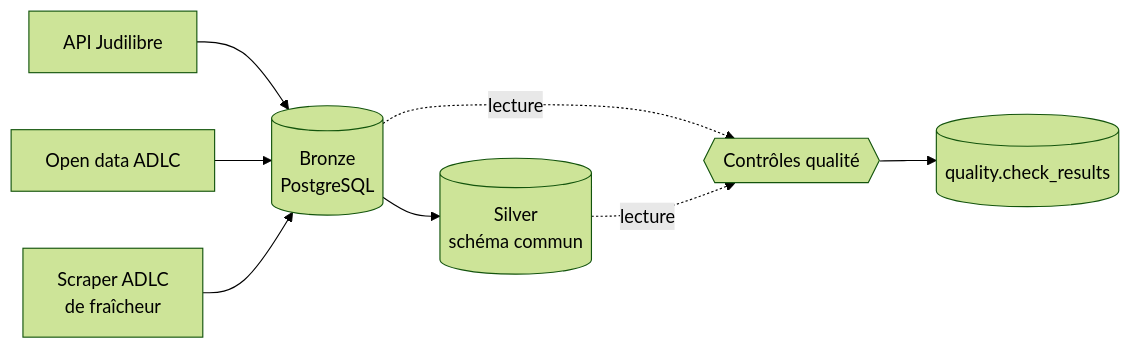
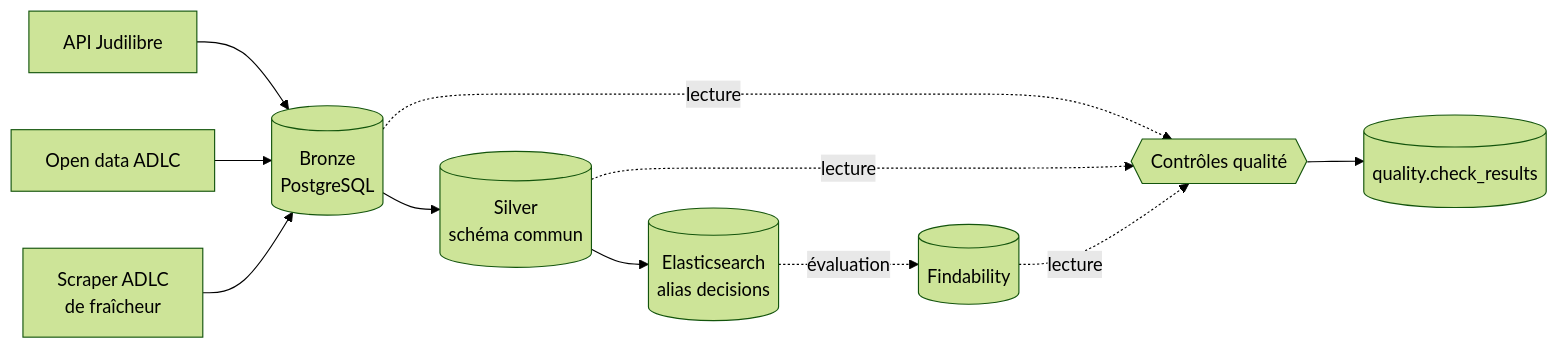
Before and after one commit to Maeva-RODRIGUES/legal-data-pipeline: the diagram in README.md, drawn with Mermaid (forest theme). The commit also changed other lines of this file, not shown here.

````diff
--- a/README.md
+++ b/README.md
@@ -7,10 +19,13 @@
 ```mermaid
 flowchart LR
     J[API Judilibre] --> B[(Bronze<br/>PostgreSQL)]
     O[Open data ADLC] --> B
     W[Scraper ADLC<br/>de fraîcheur] --> B
     B --> S[(Silver<br/>schéma commun)]
+    S --> E[(Elasticsearch<br/>alias decisions)]
+    E -. évaluation .-> F[(Findability)]
     B -. lecture .-> Q{{Contrôles qualité}}
     S -. lecture .-> Q
+    F -. lecture .-> Q
     Q --> R[(quality.check_results)]
 ```
````
